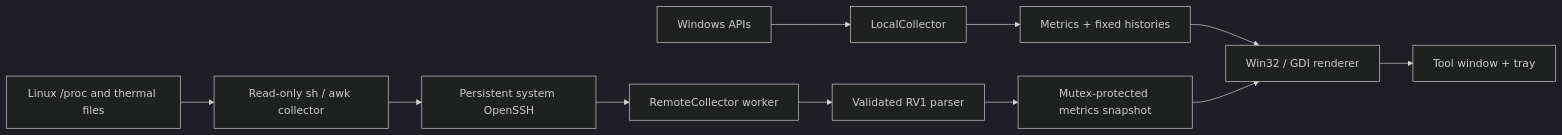
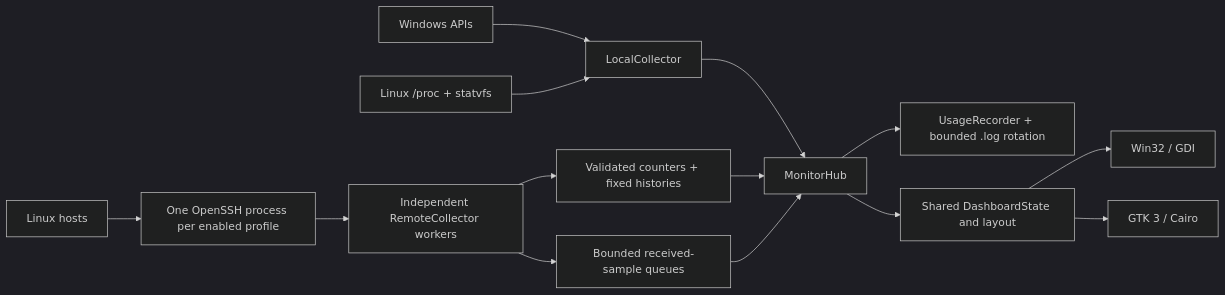
One commit to Liveira/Node-Sight changed the diagram in docs/ARCHITECTURE.md. Above: the diagram before and after it, drawn with Mermaid (dark theme). The commit also changed other lines of this file and 47 other files, not shown here.

First line of the commit message:
Add native Linux support, multi-server monitoring and usage recording

````diff
--- a/docs/ARCHITECTURE.md
+++ b/docs/ARCHITECTURE.md
@@ -5,13 +5,16 @@
 ```mermaid
 flowchart LR
-    OS[Windows APIs] --> LC[LocalCollector]
-    LC --> LM[Metrics + fixed histories]
-    Linux[Linux /proc and thermal files] --> AWK[Read-only sh / awk collector]
-    AWK --> SSH[Persistent system OpenSSH]
-    SSH --> Worker[RemoteCollector worker]
-    Worker --> Parser[Validated RV1 parser]
-    Parser --> Snapshot[Mutex-protected metrics snapshot]
-    LM --> GDI[Win32 / GDI renderer]
-    Snapshot --> GDI
-    GDI --> Widget[Tool window + tray]
+    Win[Windows APIs] --> Local[LocalCollector]
+    Proc[Linux /proc + statvfs] --> Local
+    Local --> Hub[MonitorHub]
+    Server[Linux hosts] --> SSH[One OpenSSH process per enabled profile]
+    SSH --> Workers[Independent RemoteCollector workers]
+    Workers --> State[Validated counters + fixed histories]
+    Workers --> Queue[Bounded received-sample queues]
+    State --> Hub
+    Queue --> Hub
+    Hub --> Log[UsageRecorder + bounded .log rotation]
+    Hub --> Layout[Shared DashboardState and layout]
+    Layout --> GDI[Win32 / GDI]
+    Layout --> GTK[GTK 3 / Cairo]
 ```
````
